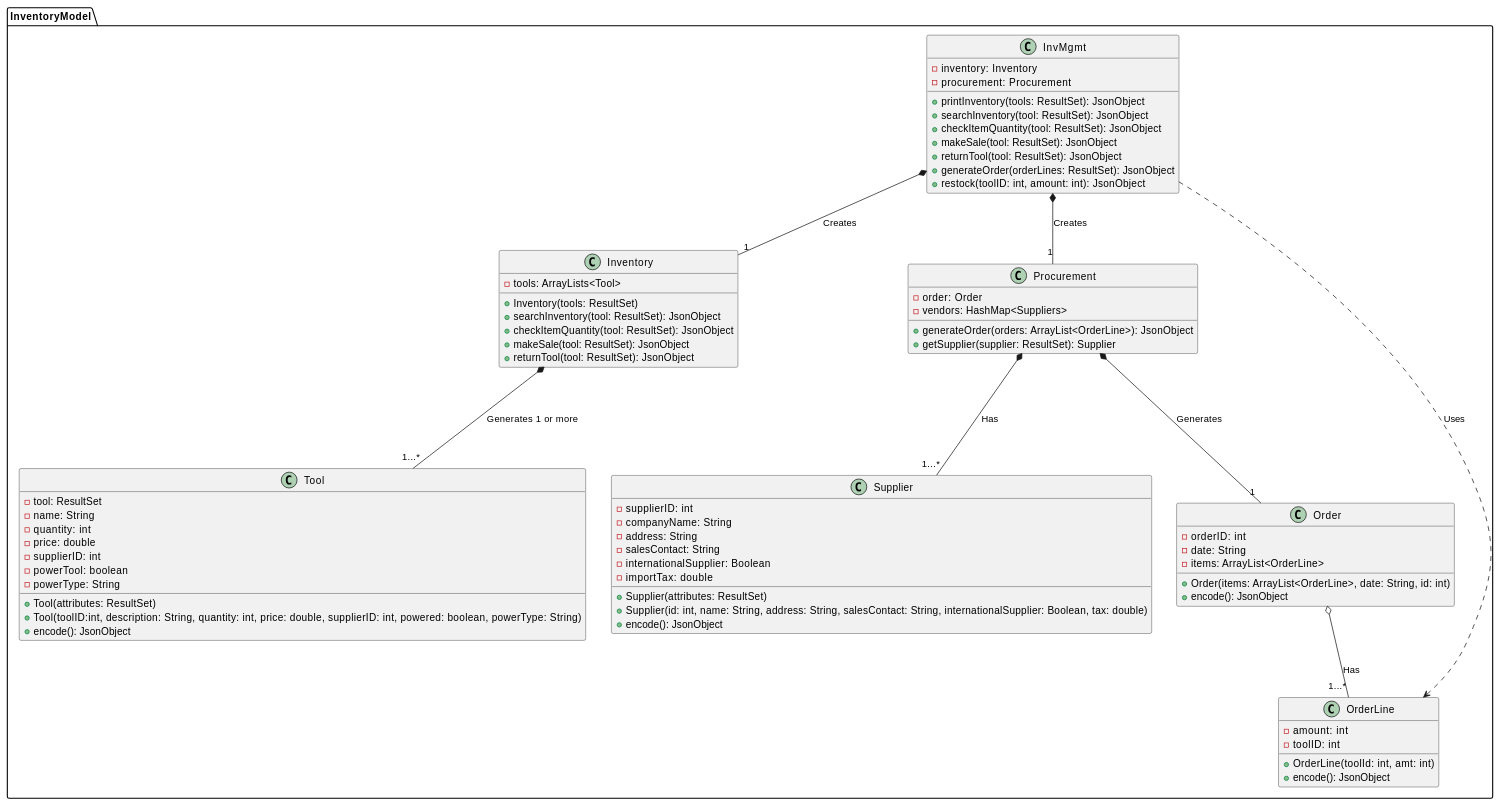
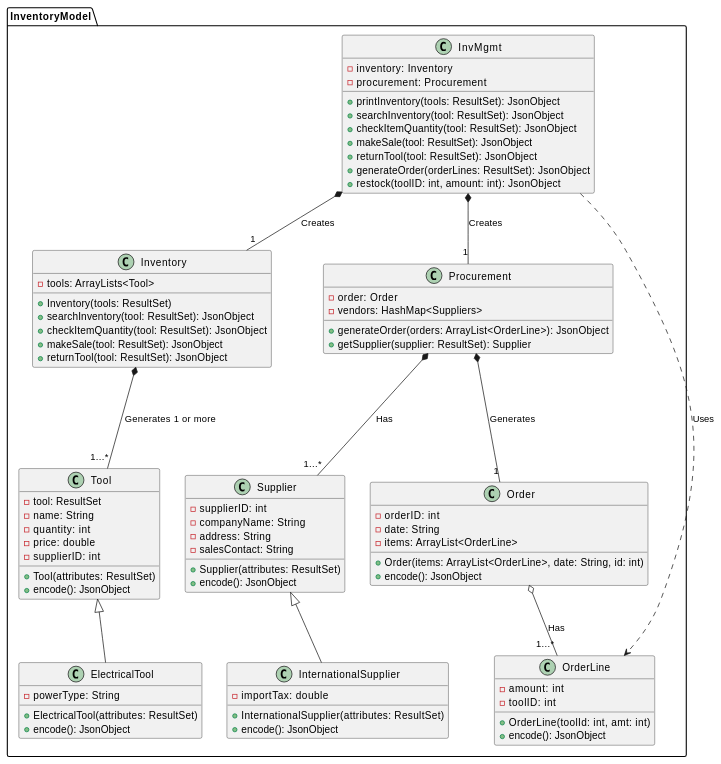
The diagram in UML Models/InventoryModel.md (mklasby/MVC-Distributed-Inventory-Management), drawn with PlantUML before and after one commit. The commit also changed 2 other files, not shown here.

Commit message:
further uml edits

```diff
--- a/UML Models/InventoryModel.md
+++ b/UML Models/InventoryModel.md
@@ -28,11 +28,16 @@
     -quantity: int
     -price: double
     -supplierID: int
-    -powerTool: boolean
+
+    +Tool(attributes: ResultSet)
+    +encode(): JsonObject
+}
+
+class ElectricalTool extends Tool{
     -powerType: String
-    +Tool(attributes: ResultSet)
-    +Tool(toolID:int, description: String, quantity: int, price: double, supplierID: int, powered: boolean, powerType: String)
+    +ElectricalTool(attributes: ResultSet)
     +encode(): JsonObject
+
 }
 
 class Procurement {
@@ -47,12 +52,18 @@
     -companyName: String
     -address: String
     -salesContact: String
-    -internationalSupplier: Boolean
-    -importTax: double
+
     +Supplier(attributes: ResultSet)
-    +Supplier(id: int, name: String, address: String, salesContact: String, internationalSupplier: Boolean, tax: double)
     +encode(): JsonObject
 }
+
+class InternationalSupplier extends Supplier{
+    -importTax: double
+    +InternationalSupplier(attributes: ResultSet)
+    +encode(): JsonObject
+
+}
+
 
 class Order{
     -orderID: int
```
